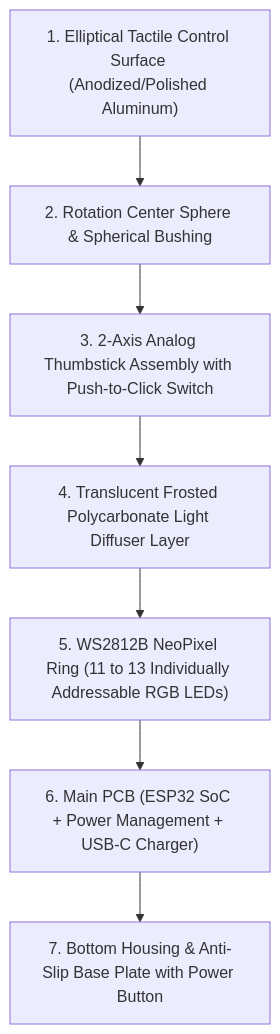
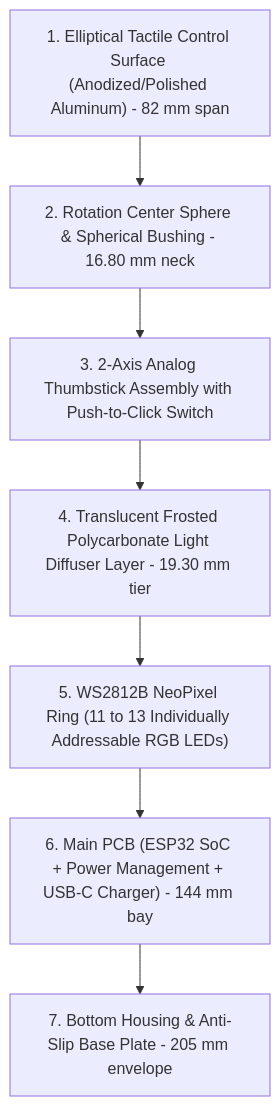
The diagram in docs/hardware-architecture.md (AtaCanYmc/ToneProject), drawn with Mermaid before and after one commit. The commit also changed other lines of this file and 6 other files, not shown here.

````diff
--- a/docs/hardware-architecture.md
+++ b/docs/hardware-architecture.md
@@ -11,12 +73,12 @@
 ```mermaid
 flowchart TD
-    L1["1. Elliptical Tactile Control Surface (Anodized/Polished Aluminum)"]
-    L2["2. Rotation Center Sphere & Spherical Bushing"]
+    L1["1. Elliptical Tactile Control Surface (Anodized/Polished Aluminum) - 82 mm span"]
+    L2["2. Rotation Center Sphere & Spherical Bushing - 16.80 mm neck"]
     L3["3. 2-Axis Analog Thumbstick Assembly with Push-to-Click Switch"]
-    L4["4. Translucent Frosted Polycarbonate Light Diffuser Layer"]
+    L4["4. Translucent Frosted Polycarbonate Light Diffuser Layer - 19.30 mm tier"]
     L5["5. WS2812B NeoPixel Ring (11 to 13 Individually Addressable RGB LEDs)"]
-    L6["6. Main PCB (ESP32 SoC + Power Management + USB-C Charger)"]
-    L7["7. Bottom Housing & Anti-Slip Base Plate with Power Button"]
+    L6["6. Main PCB (ESP32 SoC + Power Management + USB-C Charger) - 144 mm bay"]
+    L7["7. Bottom Housing & Anti-Slip Base Plate - 205 mm envelope"]
 
     L1 --> L2 --> L3 --> L4 --> L5 --> L6 --> L7
 ```
````
